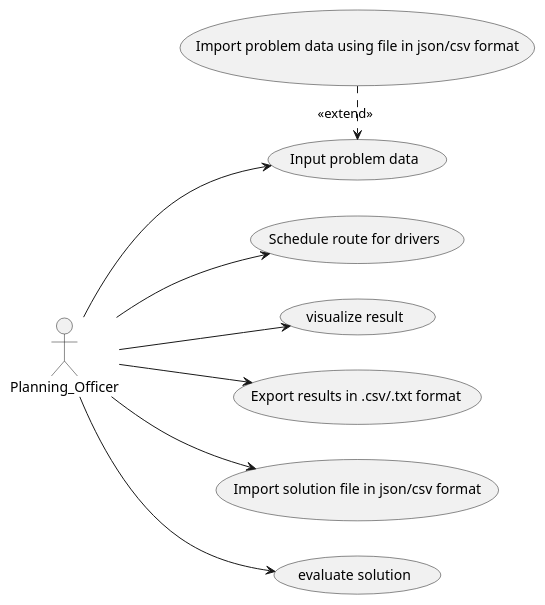
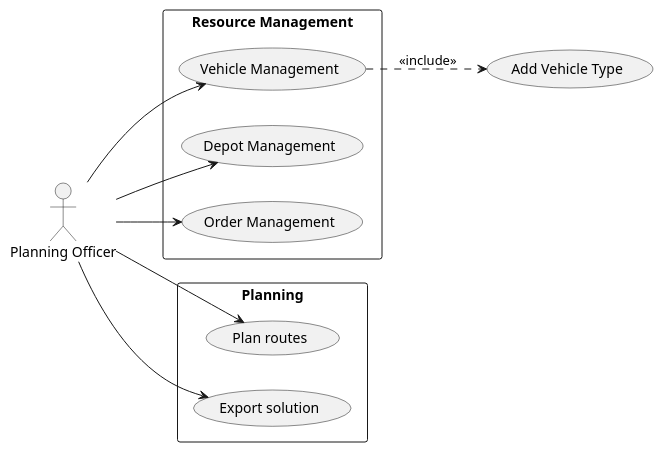
The first of 3 diagrams in GVRP_Document/source/GVRP Use-case Diagram.puml (tammysensitive2312/GVRP-Logistics-optimize), drawn with PlantUML before and after one commit. The commit also changed other lines of this file and 9 other files, not shown here.

```diff
--- a/GVRP_Document/source/GVRP Use-case Diagram.puml
+++ b/GVRP_Document/source/GVRP Use-case Diagram.puml
@@ -1,22 +1,26 @@
-@startuml
+@startuml Abstraction
 left to right direction
 
-Planning_Officer as User
+actor "Planning Officer" as User
 
-(Schedule route for drivers) as (schedule)
-(visualize result) as (visualize)
-(Export results in .csv/.txt format) as (export)
-(Input problem data) as (input)
-(Import problem data using file in json/csv format) as (import data)
-(Import solution file in json/csv format) as (import solution)
-(evaluate solution) as (evaluate)
+rectangle "Resource Management" {
+    (Vehicle Management) as VM
+    (Depot Management) as DM
+    (Order Management) as OM
+}
 
-User --> (input)
-User --> (schedule)
-User --> (visualize)
-User --> (export)
-User --> (import solution)
-User --> (evaluate)
+rectangle "Planning" {
+    (Plan routes) as Plan
+    (Export solution) as Export
+}
 
-(import data) .> (input) : <<extend>>
+' Định nghĩa quan hệ
+User --> VM
+User --> DM
+User --> OM
+User --> Plan
+User --> Export
+
+' Chi tiết hóa (Optional - nếu bạn muốn hiện rõ ở đây)
+(VM) ..> (Add Vehicle Type) : <<include>>
 @enduml
```
